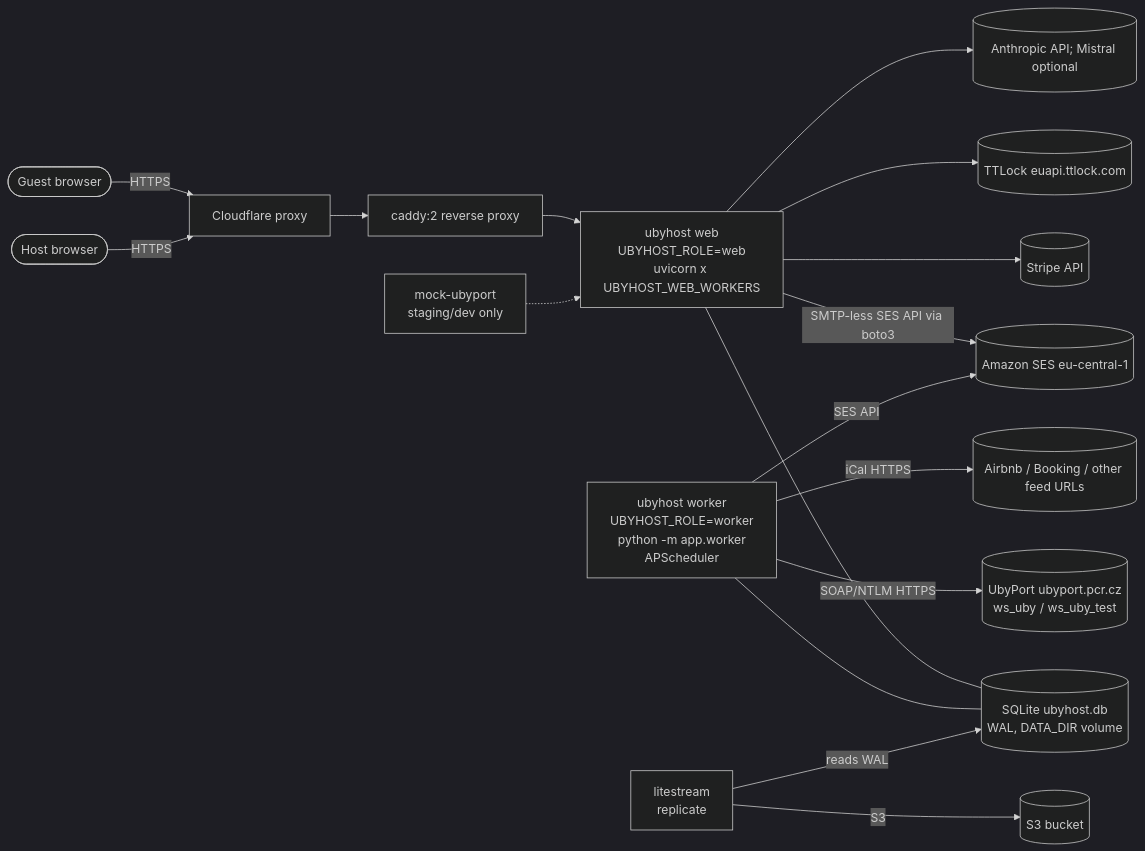
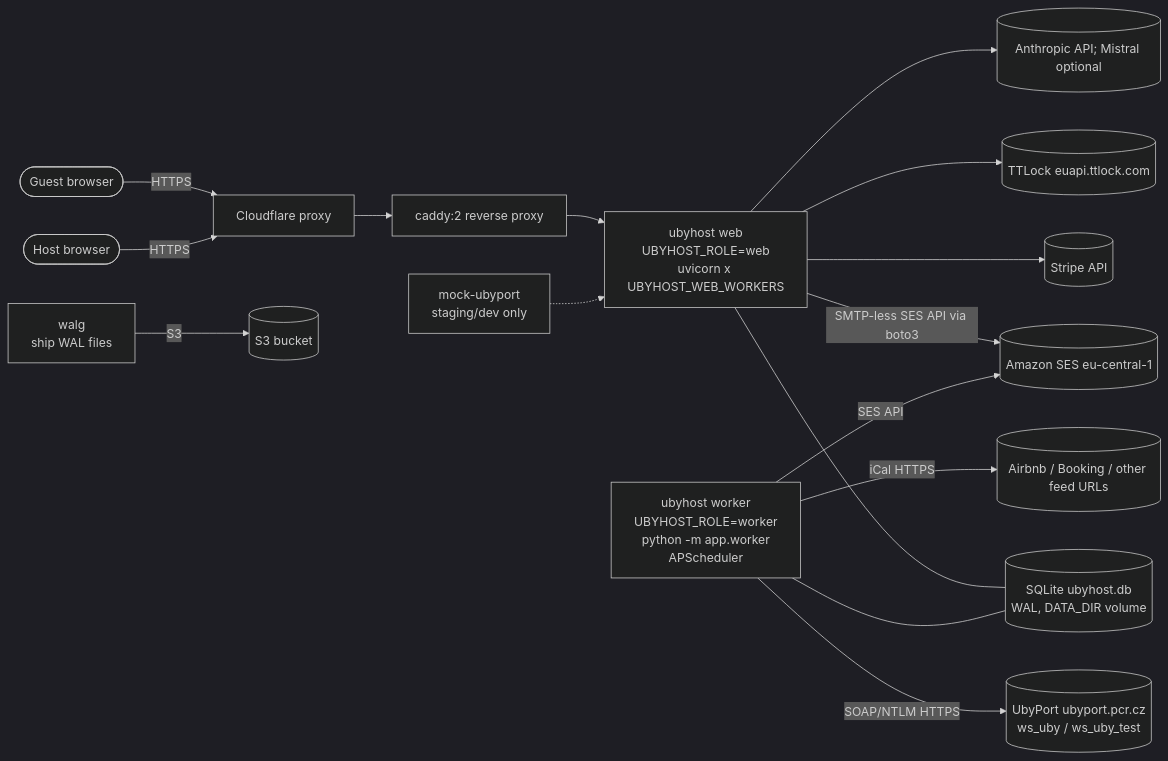
The diagram in docs/architecture.md (jsfpechar-ops/jsfpecharoperations), drawn with Mermaid (dark theme) before and after one commit. The commit also changed other lines of this file and 6 other files, not shown here.

````diff
--- a/docs/architecture.md
+++ b/docs/architecture.md
@@ -8,20 +8,19 @@
 ```mermaid
 flowchart LR
   Guest([Guest browser]) -->|HTTPS| CF[Cloudflare proxy]
   Host([Host browser]) -->|HTTPS| CF
   CF --> Caddy[caddy:2 reverse proxy]
   Caddy --> Web[ubyhost web<br/>UBYHOST_ROLE=web<br/>uvicorn x UBYHOST_WEB_WORKERS]
   Worker[ubyhost worker<br/>UBYHOST_ROLE=worker<br/>python -m app.worker<br/>APScheduler]
   Web --- DB[(SQLite ubyhost.db<br/>WAL, DATA_DIR volume)]
   Worker --- DB
-  Litestream[litestream<br/>replicate] -->|reads WAL| DB
-  Litestream -->|S3| S3[(S3 bucket)]
+  WalG[walg<br/>ship WAL files] -->|S3| S3[(S3 bucket)]
   Worker -->|SOAP/NTLM HTTPS| UbyPort[(UbyPort ubyport.pcr.cz<br/>ws_uby / ws_uby_test)]
   Worker -->|iCal HTTPS| Feeds[(Airbnb / Booking / other feed URLs)]
   Web -->|SMTP-less SES API via boto3| SES[(Amazon SES eu-central-1)]
   Worker -->|SES API| SES
   Web --> Stripe[(Stripe API)]
   Web --> TTLock[(TTLock euapi.ttlock.com)]
   Web --> AI[(Anthropic API; Mistral optional)]
   Mock[mock-ubyport<br/>staging/dev only] -.-> Web
 ```
````
